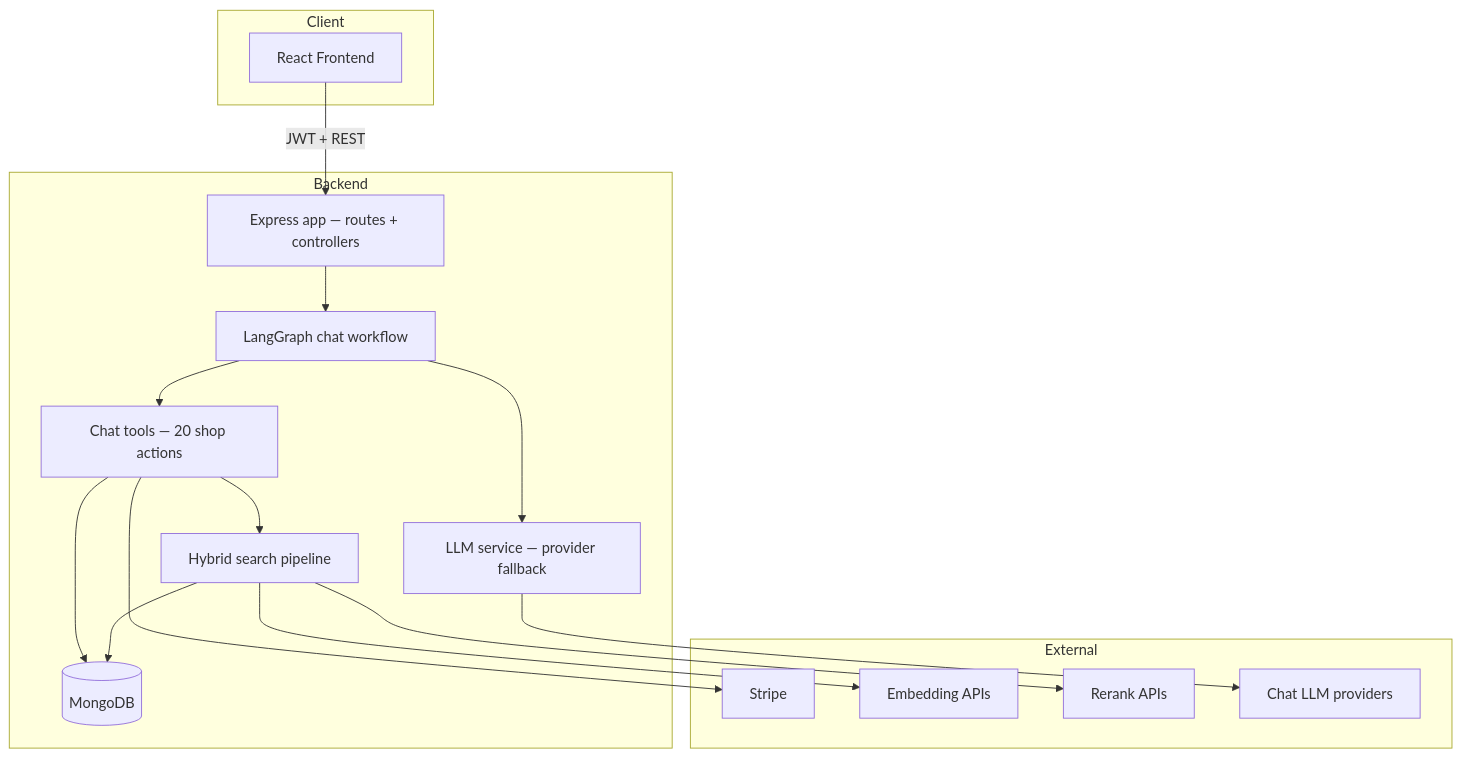
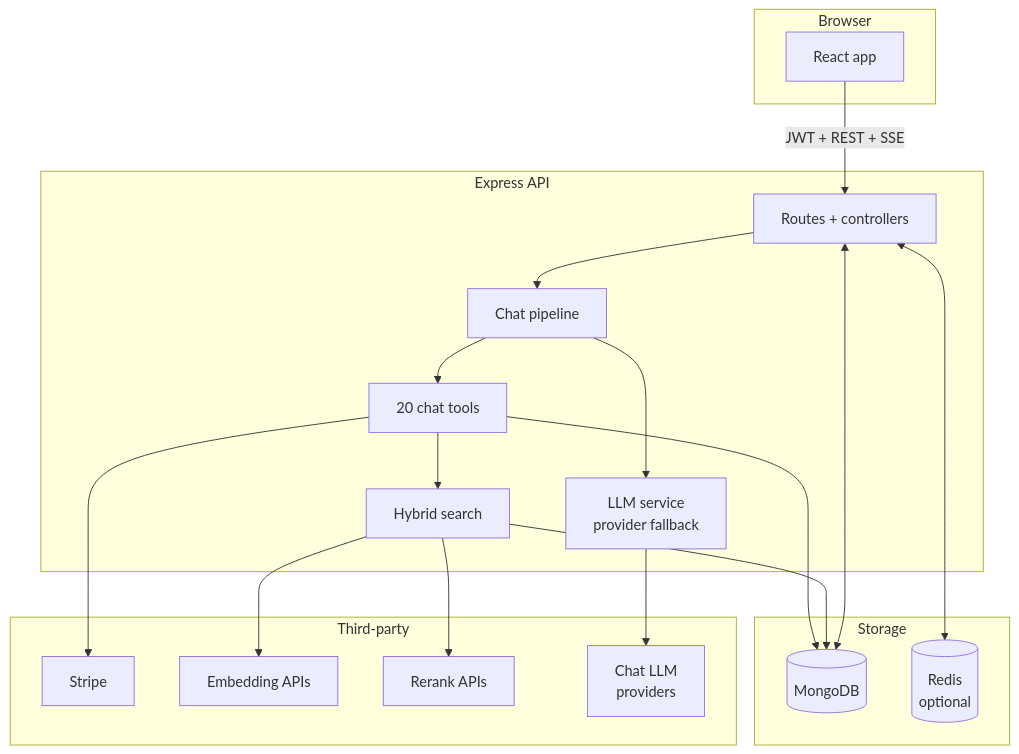
One commit to VvSdC/ShopAI changed the first of 5 diagrams in docs/README.md. Above: the diagram before and after it, drawn with Mermaid. The commit also changed other lines of this file and 42 other files, not shown here.

````diff
--- a/docs/README.md
+++ b/docs/README.md
@@ -22,34 +25,39 @@
 ```mermaid
 flowchart TB
-  subgraph Client
-    FE[React Frontend]
+  subgraph Client[Browser]
+    FE[React app]
   end
 
-  subgraph Backend
-    API[Express app — routes + controllers]
-    CHAT[LangGraph chat workflow]
-    TOOLS[Chat tools — 20 shop actions]
-    SEARCH[Hybrid search pipeline]
-    LLM[LLM service — provider fallback]
-    DB[(MongoDB)]
+  subgraph Server[Express API]
+    API[Routes + controllers]
+    CHAT[Chat pipeline]
+    TOOLS[20 chat tools]
+    SEARCH[Hybrid search]
+    LLM[LLM service<br/>provider fallback]
   end
 
-  subgraph External
+  subgraph Data[Storage]
+    DB[(MongoDB)]
+    REDIS[(Redis<br/>optional)]
+  end
+
+  subgraph External[Third-party]
     STRIPE[Stripe]
     EMBED[Embedding APIs]
     RERANK[Rerank APIs]
-    CHAT_LLM[Chat LLM providers]
+    CHAT_LLM[Chat LLM<br/>providers]
   end
 
-  FE -->|JWT + REST| API
+  FE -->|JWT + REST + SSE| API
   API --> CHAT
-  CHAT --> LLM
-  LLM --> CHAT_LLM
+  CHAT --> LLM --> CHAT_LLM
   CHAT --> TOOLS
+  TOOLS --> SEARCH
   TOOLS --> DB
-  TOOLS --> SEARCH
   TOOLS --> STRIPE
   SEARCH --> EMBED
   SEARCH --> RERANK
   SEARCH --> DB
+  API <--> REDIS
+  API <--> DB
 ```
````
